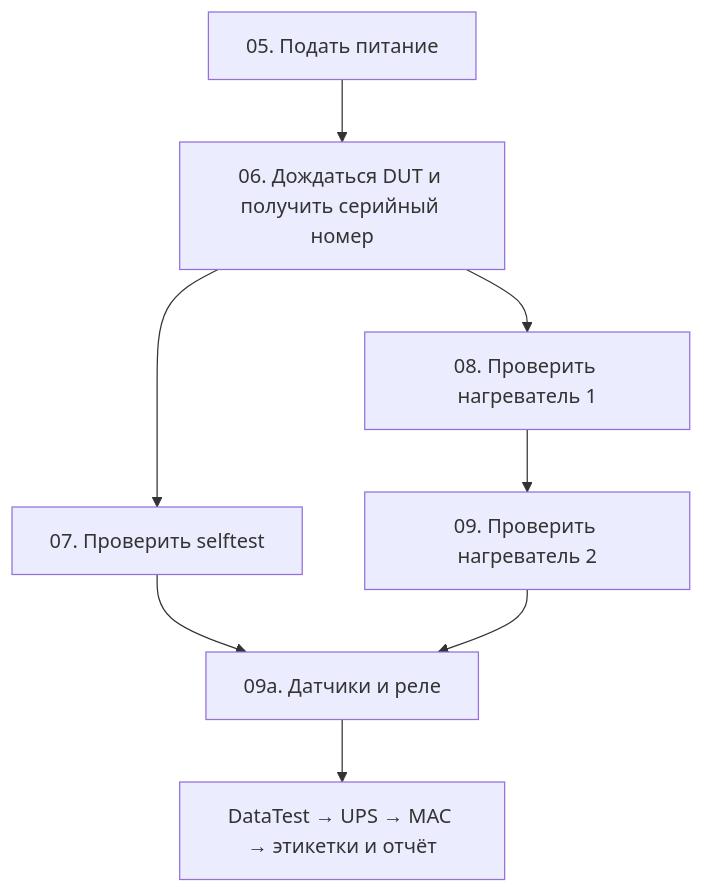
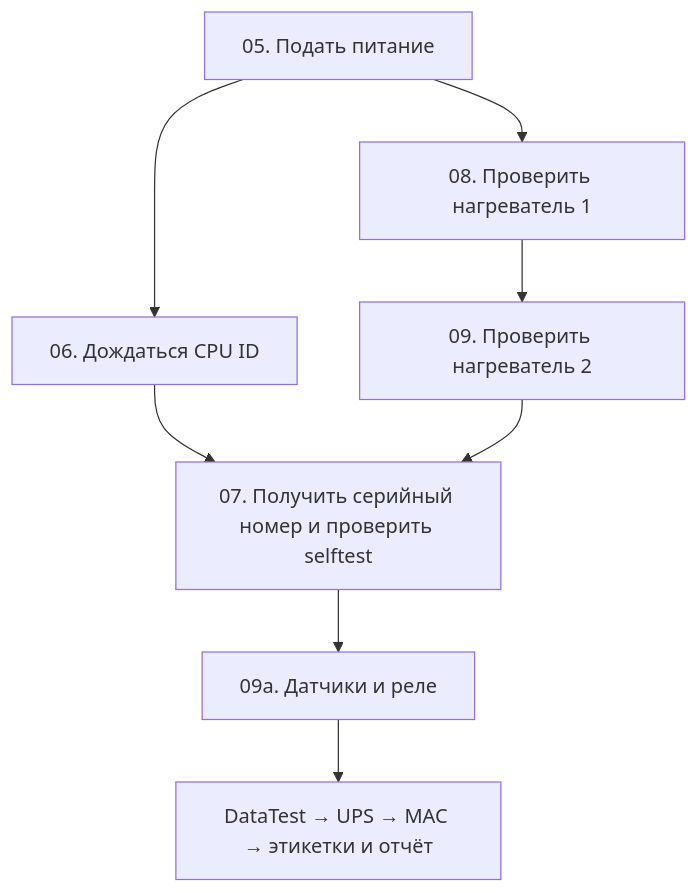
The diagram in docs/obsidian/23 - Параллельное выполнение проверок.md (kotyasmol/TFortisTestBuilder), drawn with Mermaid before and after one commit. The commit also changed other lines of this file and 7 other files, not shown here.

````diff
--- a/docs/obsidian/23 - Параллельное выполнение проверок.md
+++ b/docs/obsidian/23 - Параллельное выполнение проверок.md
@@ -27,10 +25,10 @@
 ```mermaid
 flowchart TD
-    P["05. Подать питание"] --> A["06. Дождаться DUT и получить серийный номер"]
-    A --> C["07. Проверить selftest"]
-    A --> B["08. Проверить нагреватель 1"]
+    P["05. Подать питание"] --> A["06. Дождаться CPU ID"]
+    P --> B["08. Проверить нагреватель 1"]
     B --> D["09. Проверить нагреватель 2"]
+    A --> C["07. Получить серийный номер и проверить selftest"]
+    D --> C
     C --> J["09a. Датчики и реле"]
-    D --> J
     J --> N["DataTest → UPS → MAC → этикетки и отчёт"]
 ```
````
